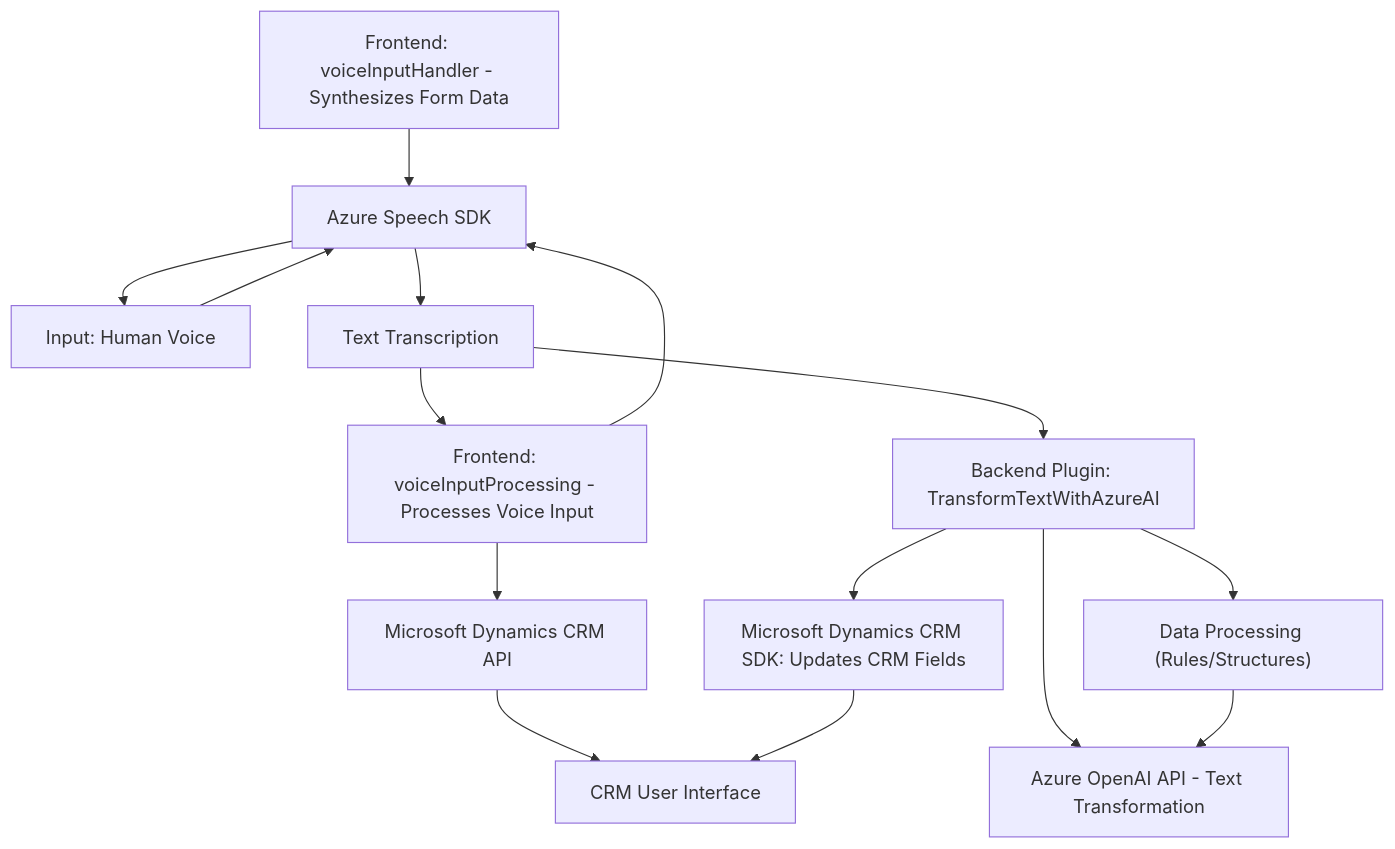
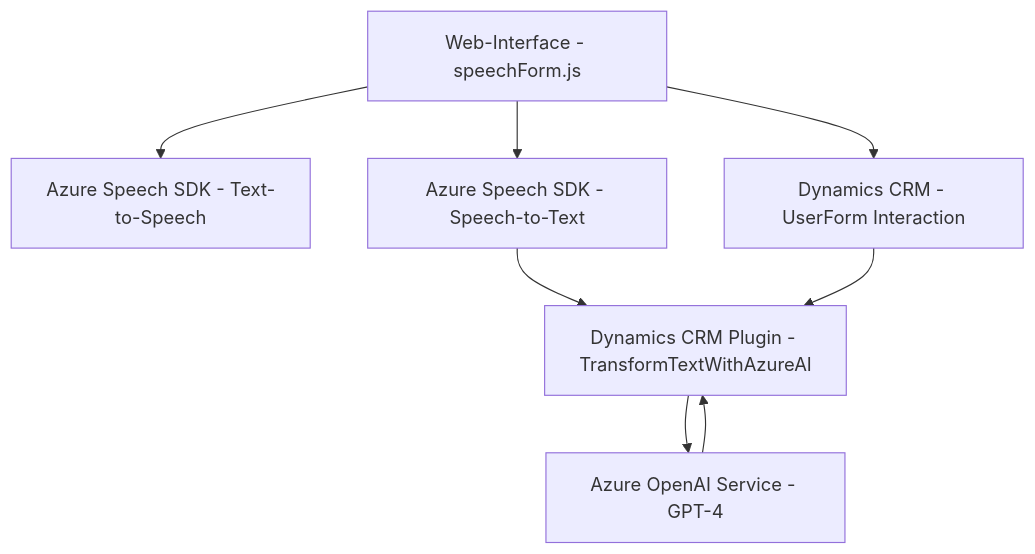
The diagram in README.md (blopezdm/NETCORE_BILBAO2025), drawn with Mermaid before and after one commit. The commit also changed other lines of this file, not shown here.

````diff
--- a/README.md
+++ b/README.md
@@ -30,17 +41,10 @@
 ```mermaid
 graph TD
-    A["Frontend: voiceInputHandler - Synthesizes Form Data"] --> B["Azure Speech SDK"]
-    C["Frontend: voiceInputProcessing - Processes Voice Input"] --> B
-    C --> D["Microsoft Dynamics CRM API"]
-    B --> E["Input: Human Voice"]
-    E --> B
-    B --> F["Text Transcription"]
-    F --> C
-    F --> G["Backend Plugin: TransformTextWithAzureAI"]
-    G --> H["Azure OpenAI API - Text Transformation"]
-    G --> I["Microsoft Dynamics CRM SDK: Updates CRM Fields"]
-    D --> J["CRM User Interface"]
-    I --> J
-    G --> K["Data Processing (Rules/Structures)"]
-    K --> H
+    A["Web-Interface - readForm.js"] --> B["Azure Speech SDK - Text-to-Speech"]
+    A["Web-Interface - speechForm.js"] --> C["Azure Speech SDK - Speech-to-Text"]
+    A --> D["Dynamics CRM - UserForm Interaction"]
+    C --> E["Dynamics CRM Plugin - TransformTextWithAzureAI"]
+    E --> F["Azure OpenAI Service - GPT-4"]
+    D --> E
+    F --> E
 ```
````
